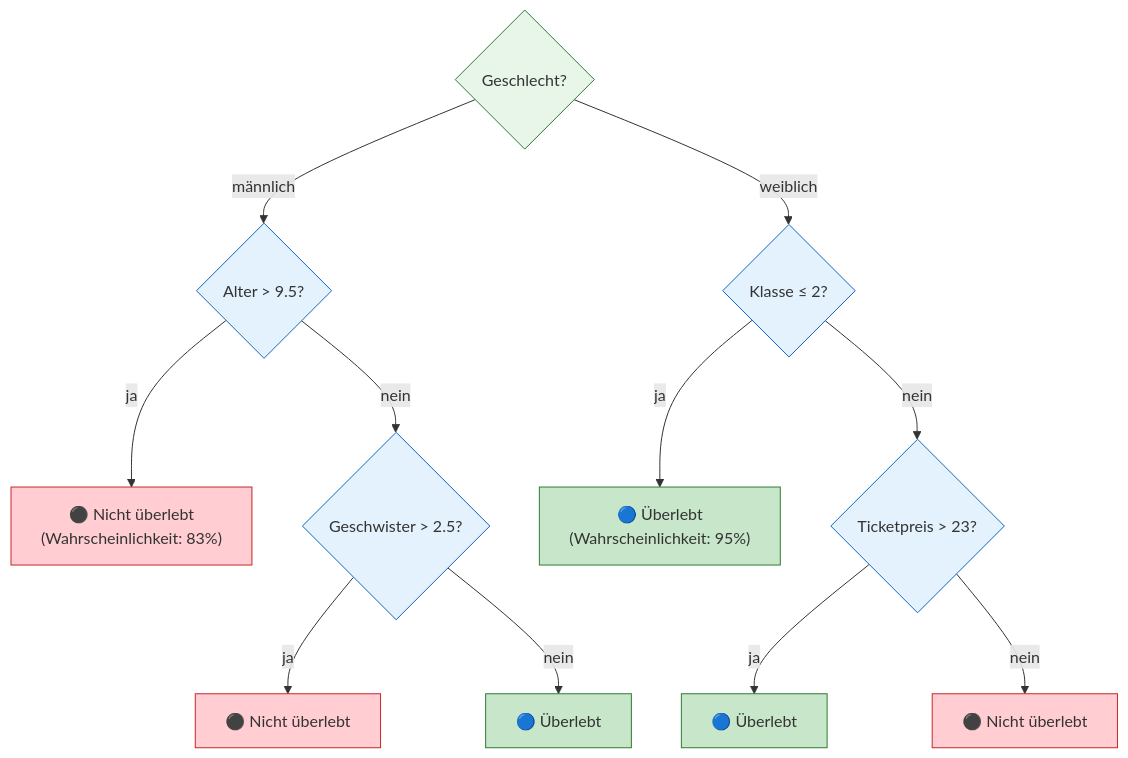
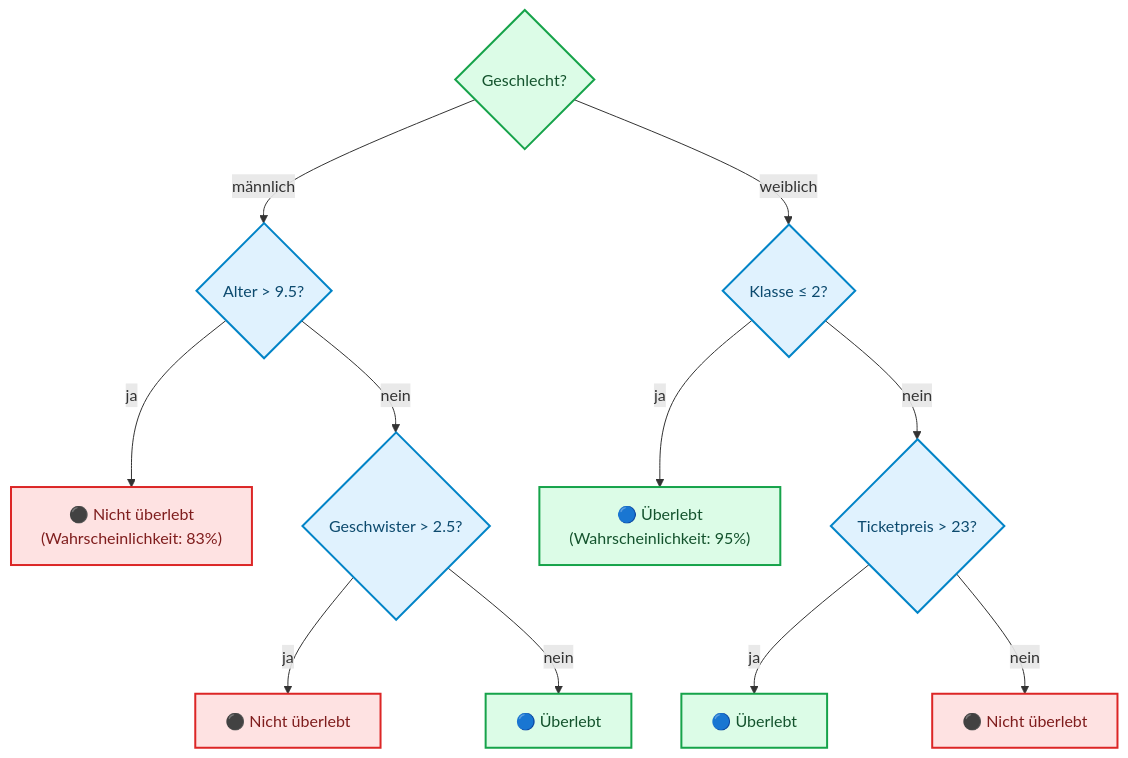
Before and after one commit to ralf-42/ML_Intro: the fourth of 6 diagrams in docs/concepts/modeling/decision_tree.md, drawn with Mermaid. The commit also changed other lines of this file and 67 other files, not shown here.

````diff
--- a/docs/concepts/modeling/decision_tree.md
+++ b/docs/concepts/modeling/decision_tree.md
@@ -146,30 +144,24 @@
 ```mermaid
 flowchart TB
     R{"Geschlecht?"}
     R -->|männlich| M{"Alter > 9.5?"}
     R -->|weiblich| F{"Klasse ≤ 2?"}
     
     M -->|ja| M1["⚫ Nicht überlebt<br/>(Wahrscheinlichkeit: 83%)"]
     M -->|nein| M2{"Geschwister > 2.5?"}
     
     M2 -->|ja| M2A["⚫ Nicht überlebt"]
     M2 -->|nein| M2B["🔵 Überlebt"]
     
     F -->|ja| F1["🔵 Überlebt<br/>(Wahrscheinlichkeit: 95%)"]
     F -->|nein| F2{"Ticketpreis > 23?"}
     
     F2 -->|ja| F2A["🔵 Überlebt"]
     F2 -->|nein| F2B["⚫ Nicht überlebt"]
-    
-    style R fill:#e8f5e9,stroke:#2e7d32
-    style M fill:#e3f2fd,stroke:#1565c0
-    style F fill:#e3f2fd,stroke:#1565c0
-    style M2 fill:#e3f2fd,stroke:#1565c0
-    style F2 fill:#e3f2fd,stroke:#1565c0
-    style M1 fill:#ffcdd2,stroke:#c62828
-    style M2A fill:#ffcdd2,stroke:#c62828
-    style F2B fill:#ffcdd2,stroke:#c62828
-    style M2B fill:#c8e6c9,stroke:#2e7d32
-    style F1 fill:#c8e6c9,stroke:#2e7d32
-    style F2A fill:#c8e6c9,stroke:#2e7d32
+
+    classDef default fill:#e0f2fe,stroke:#0284c7,stroke-width:2px,color:#0c4a6e;
+    classDef output fill:#dcfce7,stroke:#16a34a,stroke-width:2px,color:#14532d;
+    classDef stop fill:#fee2e2,stroke:#dc2626,stroke-width:2px,color:#7f1d1d;
+    class R,M2B,F1,F2A output;
+    class M1,M2A,F2B stop;
 ```
````
